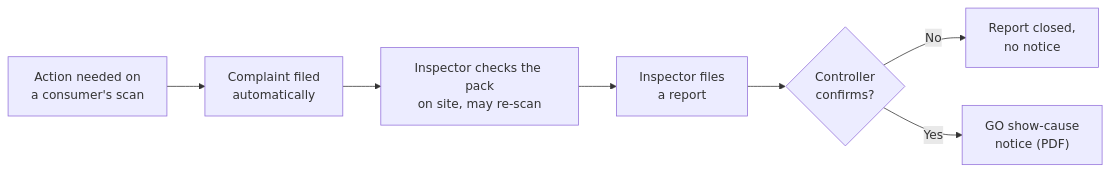
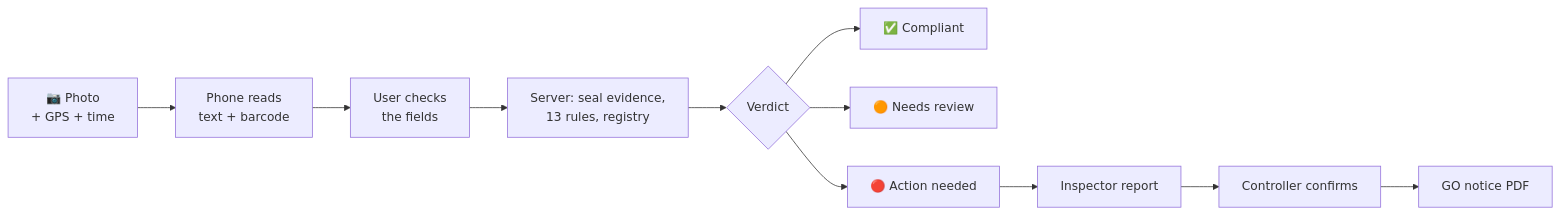
Before and after one commit to Lokeshraj2006/LMCS: the diagram in README.md, drawn with Mermaid. The commit also changed other lines of this file and 4 other files, not shown here.

````diff
--- a/README.md
+++ b/README.md
@@ -57,9 +33,11 @@
 ```mermaid
 flowchart LR
-    A["Action needed on<br/>a consumer's scan"] --> B["Complaint filed<br/>automatically"]
-    B --> C["Inspector checks the pack<br/>on site, may re-scan"]
-    C --> D["Inspector files<br/>a report"]
-    D --> E{"Controller<br/>confirms?"}
-    E -- No --> F["Report closed,<br/>no notice"]
-    E -- Yes --> G["GO show-cause<br/>notice (PDF)"]
+    A["📷 Photo<br/>+ GPS + time"] --> B["Phone reads<br/>text + barcode"]
+    B --> C["User checks<br/>the fields"]
+    C --> D["Server: seal evidence,<br/>13 rules, registry"]
+    D --> E{"Verdict"}
+    E --> F["✅ Compliant"]
+    E --> G["🟠 Needs review"]
+    E --> H["🔴 Action needed"]
+    H --> I["Inspector report"] --> J["Controller confirms"] --> K["GO notice PDF"]
 ```
````
